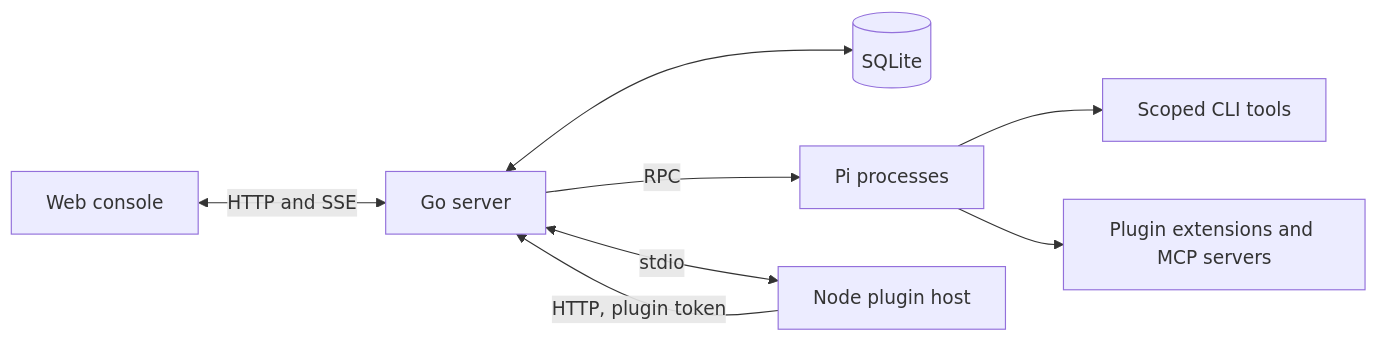
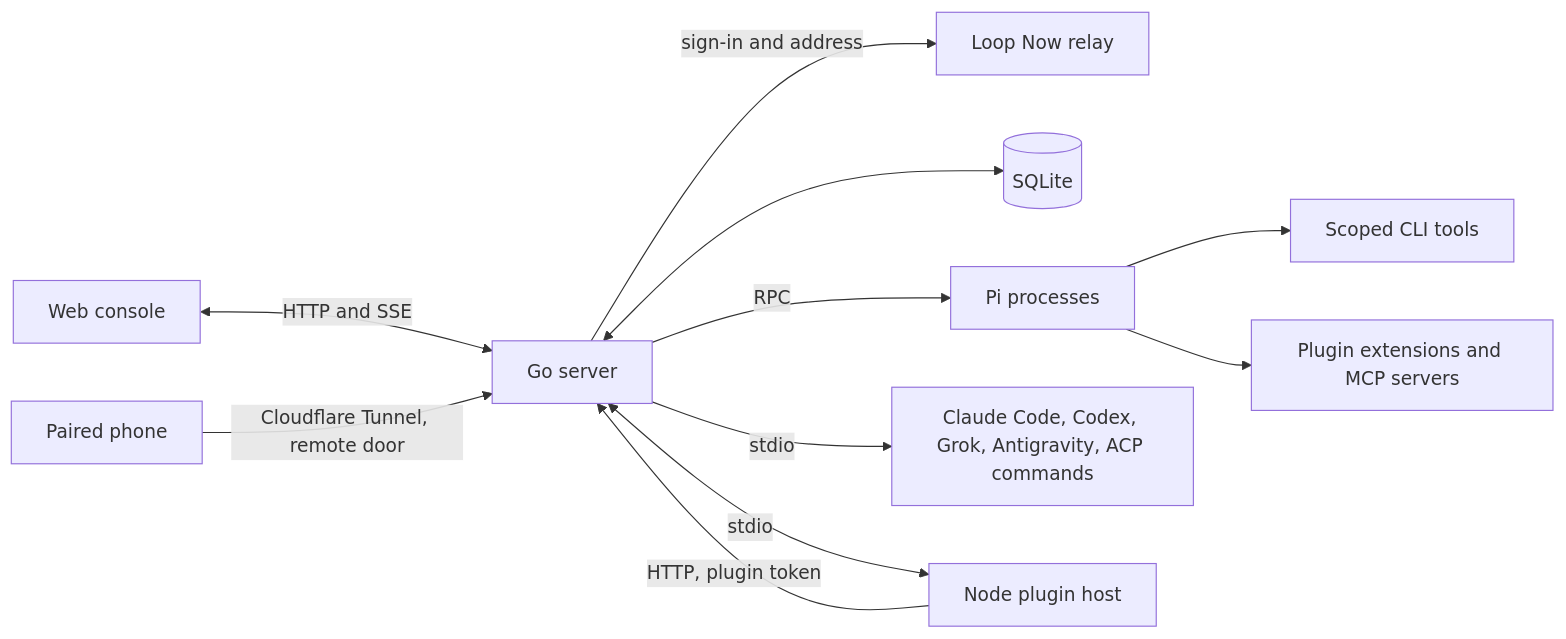
One commit to AI-for-anyone/loop-now changed the diagram in README.md. Above: the diagram before and after it, drawn with Mermaid. The commit also changed other lines of this file, not shown here.

````diff
--- a/README.md
+++ b/README.md
@@ -304,10 +365,13 @@
 ```mermaid
 flowchart LR
     UI[Web console] <-->|HTTP and SSE| Server[Go server]
+    Phone[Paired phone] -->|Cloudflare Tunnel, remote door| Server
+    Server -->|sign-in and address| Relay[Loop Now relay]
     Server <--> DB[(SQLite)]
     Server -->|RPC| Pi[Pi processes]
+    Server -->|stdio| Local[Claude Code, Codex, Grok, Antigravity, ACP commands]
     Server <-->|stdio| Host[Node plugin host]
     Host -->|HTTP, plugin token| Server
     Pi --> CLI[Scoped CLI tools]
     Pi --> Ext[Plugin extensions and MCP servers]
 ```
````
